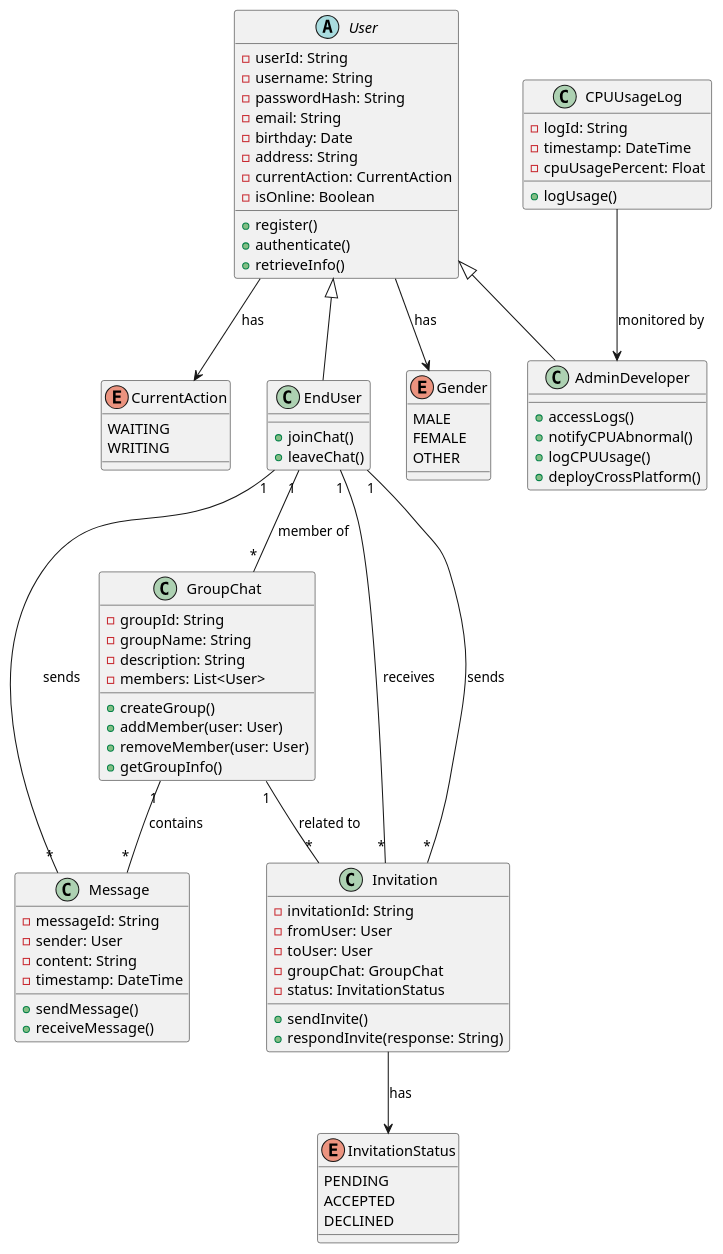
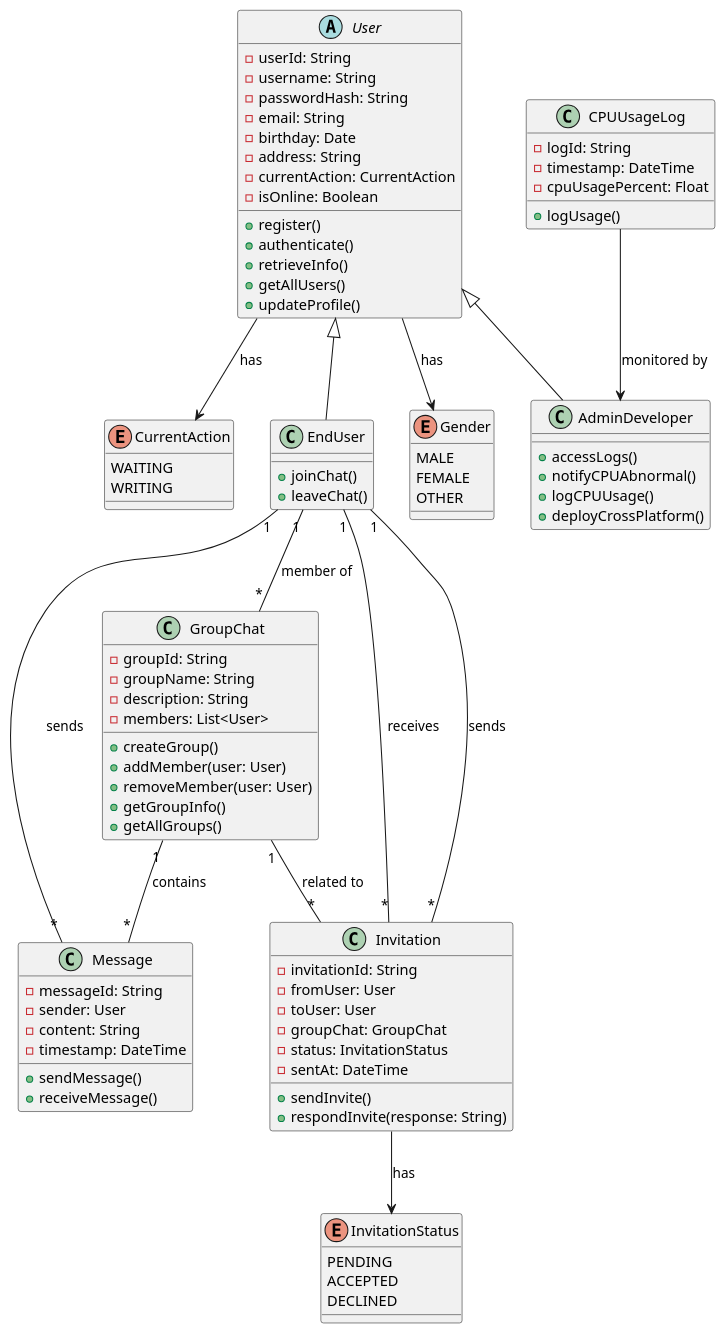
One commit to Enric0-Balb0/ruggine-chat changed the third of 5 diagrams in doc/requirements.md. Above: the diagram before and after it, drawn with PlantUML. The commit also changed other lines of this file and 29 other files, not shown here.

```diff
--- a/doc/requirements.md
+++ b/doc/requirements.md
@@ -588,6 +603,8 @@
   + register()
   + authenticate()
   + retrieveInfo()
+  + getAllUsers()
+  + updateProfile()
 }
 
 class EndUser {
@@ -611,6 +628,7 @@
   + addMember(user: User)
   + removeMember(user: User)
   + getGroupInfo()
+  + getAllGroups()
 }
 
 class Message {
@@ -628,6 +646,7 @@
   - toUser: User
   - groupChat: GroupChat
   - status: InvitationStatus
+  - sentAt: DateTime
   + sendInvite()
   + respondInvite(response: String)
 }
```
